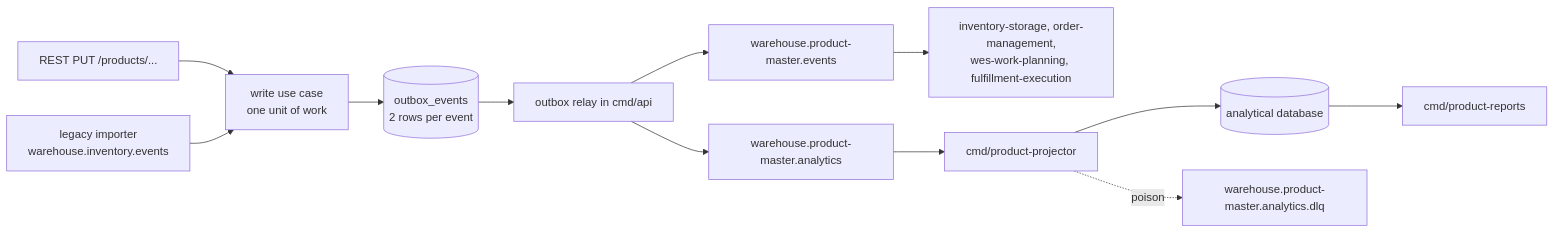
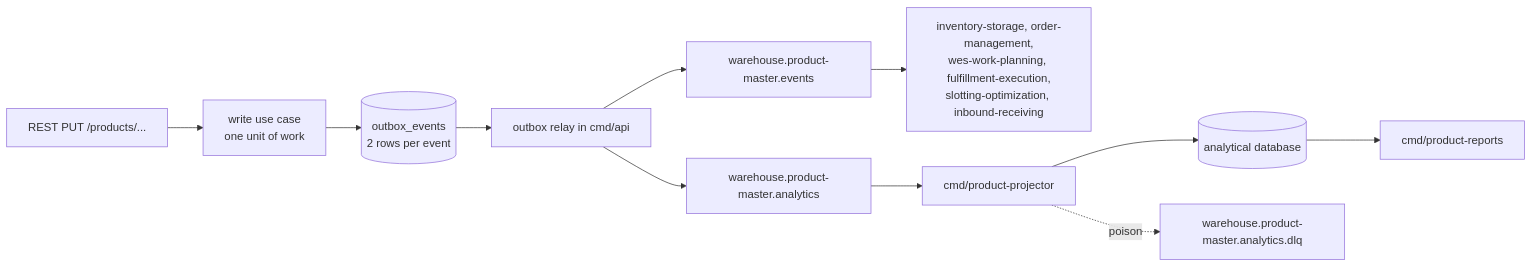
The diagram in docs/docs/operations/runbook.md (IQVO/product-master), drawn with Mermaid before and after one commit. The commit also changed other lines of this file and 3 other files, not shown here.

````diff
--- a/docs/docs/operations/runbook.md
+++ b/docs/docs/operations/runbook.md
@@ -101,14 +107,13 @@
 ```mermaid
 flowchart LR
   REST["REST PUT /products/..."] --> UC["write use case<br/>one unit of work"]
-  IMP["legacy importer<br/>warehouse.inventory.events"] --> UC
   UC --> OUTBOX[("outbox_events<br/>2 rows per event")]
   OUTBOX --> RELAY["outbox relay in cmd/api"]
   RELAY --> EV["warehouse.product-master.events"]
   RELAY --> AN["warehouse.product-master.analytics"]
-  EV --> SIB["inventory-storage, order-management,<br/>wes-work-planning, fulfillment-execution"]
+  EV --> SIB["inventory-storage, order-management,<br/>wes-work-planning, fulfillment-execution,<br/>slotting-optimization, inbound-receiving"]
   AN --> PROJ["cmd/product-projector"]
   PROJ --> ADB[("analytical database")]
   PROJ -. "poison" .-> DLQ["warehouse.product-master.analytics.dlq"]
   ADB --> REP["cmd/product-reports"]
 ```
````
